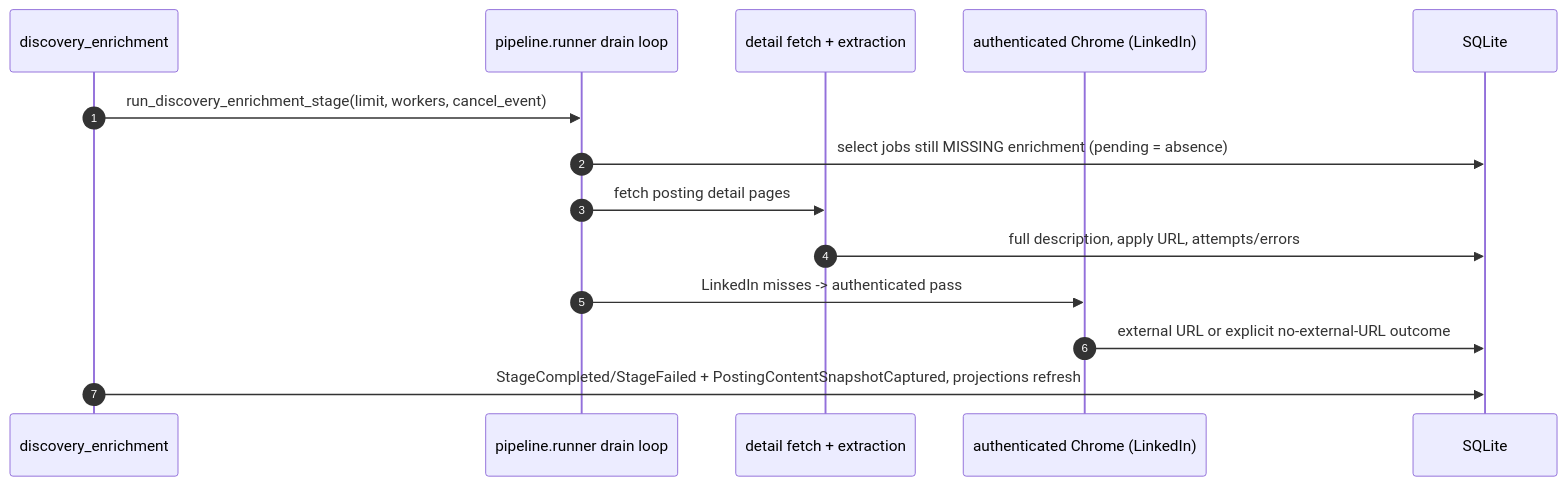
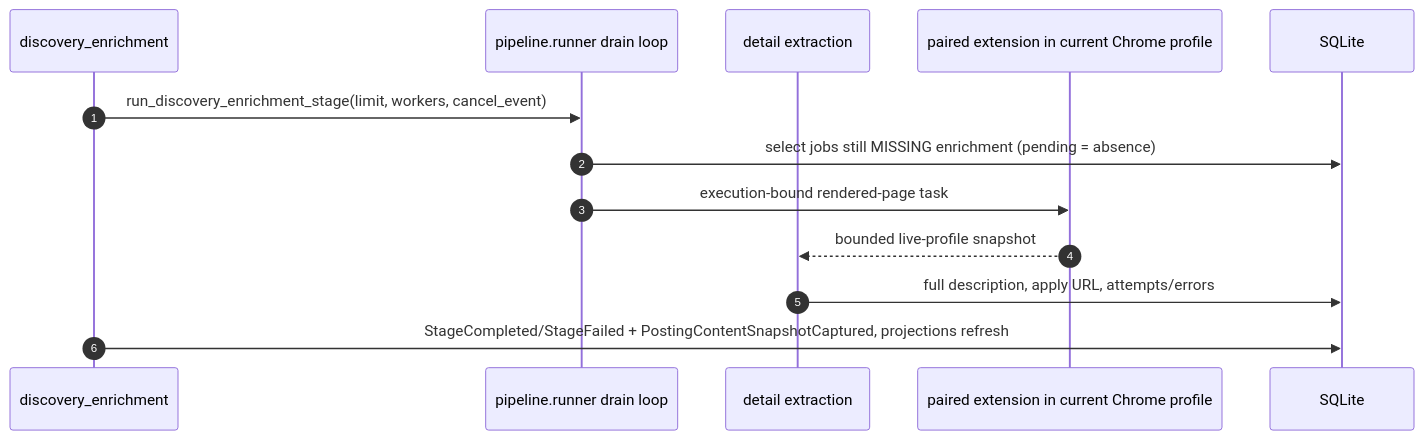
Before and after one commit to ebarti/JobCtrl: the third of 7 diagrams in docs/architecture/pipeline/stages.md, drawn with Mermaid. The commit also changed other lines of this file and 86 other files, not shown here.

Commit message:
feat(discovery): use live Chrome profile transport

````diff
--- a/docs/architecture/pipeline/stages.md
+++ b/docs/architecture/pipeline/stages.md
@@ -154,17 +176,16 @@
 ```mermaid
 sequenceDiagram
     autonumber
     participant Enr as discovery_enrichment
     participant Run as pipeline.runner drain loop
-    participant Fetch as detail fetch + extraction
-    participant Chrome as authenticated Chrome (LinkedIn)
+    participant Fetch as detail extraction
+    participant Ext as paired extension in current Chrome profile
     participant DB as SQLite
 
     Enr->>Run: run_discovery_enrichment_stage(limit, workers, cancel_event)
     Run->>DB: select jobs still MISSING enrichment (pending = absence)
-    Run->>Fetch: fetch posting detail pages
+    Run->>Ext: execution-bound rendered-page task
+    Ext-->>Fetch: bounded live-profile snapshot
     Fetch->>DB: full description, apply URL, attempts/errors
-    Run->>Chrome: LinkedIn misses -> authenticated pass
-    Chrome->>DB: external URL or explicit no-external-URL outcome
     Enr->>DB: StageCompleted/StageFailed + PostingContentSnapshotCaptured, projections refresh
 ```
````
